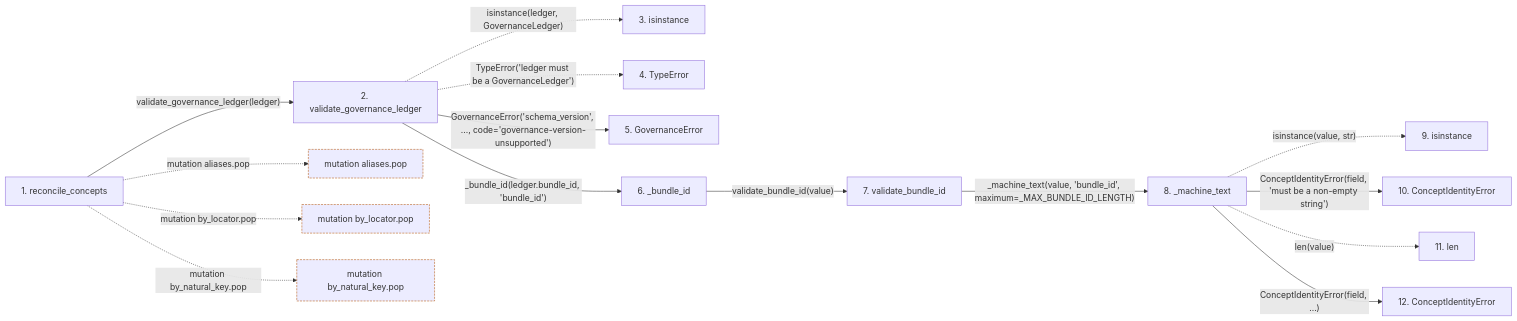
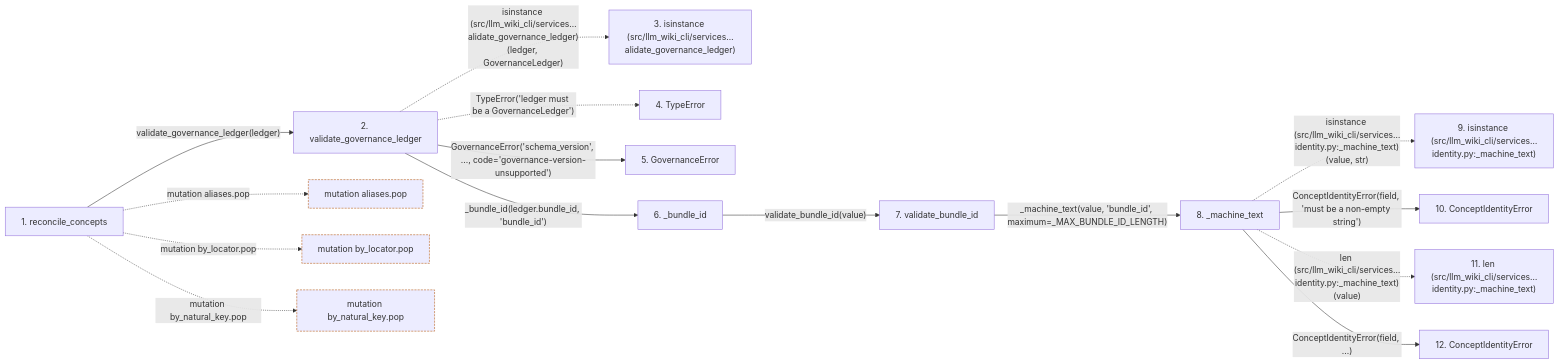
Before and after one commit to Denissvgn/python-wiki-llm: the second of 2 diagrams in docs/llm_wiki/flows/api-reconcile_concepts.md, drawn with Mermaid. The commit also changed other lines of this file and 719 other files, not shown here.

````diff
--- a/docs/llm_wiki/flows/api-reconcile_concepts.md
+++ b/docs/llm_wiki/flows/api-reconcile_concepts.md
@@ -82,44 +84,44 @@
 ```mermaid
 flowchart LR
     s1["1. reconcile_concepts"]
     s2["2. validate_governance_ledger"]
-    s3["3. isinstance"]
+    s3["3. isinstance (src/llm_wiki_cli/services…alidate_governance_ledger)"]
     s4["4. TypeError"]
     s5["5. GovernanceError"]
     s6["6. _bundle_id"]
     s7["7. validate_bundle_id"]
     s8["8. _machine_text"]
-    s9["9. isinstance"]
+    s9["9. isinstance (src/llm_wiki_cli/services…identity.py:_machine_text)"]
     s10["10. ConceptIdentityError"]
-    s11["11. len"]
+    s11["11. len (src/llm_wiki_cli/services…identity.py:_machine_text)"]
     s12["12. ConceptIdentityError"]
     s1 -->|"validate_governance_ledger(ledger)"| s2
-    s2 -. "isinstance(ledger, GovernanceLedger)" .-> s3
+    s2 -. "isinstance (src/llm_wiki_cli/services…alidate_governance_ledger)(ledger, GovernanceLedger)" .-> s3
     s2 -. "TypeError('ledger must be a GovernanceLedger')" .-> s4
     s2 -->|"GovernanceError('schema_version', ..., code='governance-version-unsupported')"| s5
     s2 -->|"_bundle_id(ledger.bundle_id, 'bundle_id')"| s6
     s6 -->|"validate_bundle_id(value)"| s7
     s7 -->|"_machine_text(value, 'bundle_id', maximum=_MAX_BUNDLE_ID_LENGTH)"| s8
-    s8 -. "isinstance(value, str)" .-> s9
+    s8 -. "isinstance (src/llm_wiki_cli/services…identity.py:_machine_text)(value, str)" .-> s9
     s8 -->|"ConceptIdentityError(field, 'must be a non-empty string')"| s10
-    s8 -. "len(value)" .-> s11
+    s8 -. "len (src/llm_wiki_cli/services…identity.py:_machine_text)(value)" .-> s11
     s8 -->|"ConceptIdentityError(field, ...)"| s12
     b0["mutation aliases.pop"]
     s1 -. "mutation aliases.pop" .-> b0
     b1["mutation by_locator.pop"]
     s1 -. "mutation by_locator.pop" .-> b1
     b2["mutation by_natural_key.pop"]
     s1 -. "mutation by_natural_key.pop" .-> b2
     click s1 "../modules/knowledge_governance.md"
     click s2 "../modules/knowledge_governance.md"
     click s5 "../modules/knowledge_governance.md"
     click s6 "../modules/knowledge_governance.md"
     click s7 "../modules/concept_identity.md"
     click s8 "../modules/concept_identity.md"
     click s10 "../modules/concept_identity.md"
     click s12 "../modules/concept_identity.md"
     classDef boundary stroke:#b45309,stroke-dasharray: 4 2
     class b0 boundary
     class b1 boundary
     class b2 boundary
 ```
````
